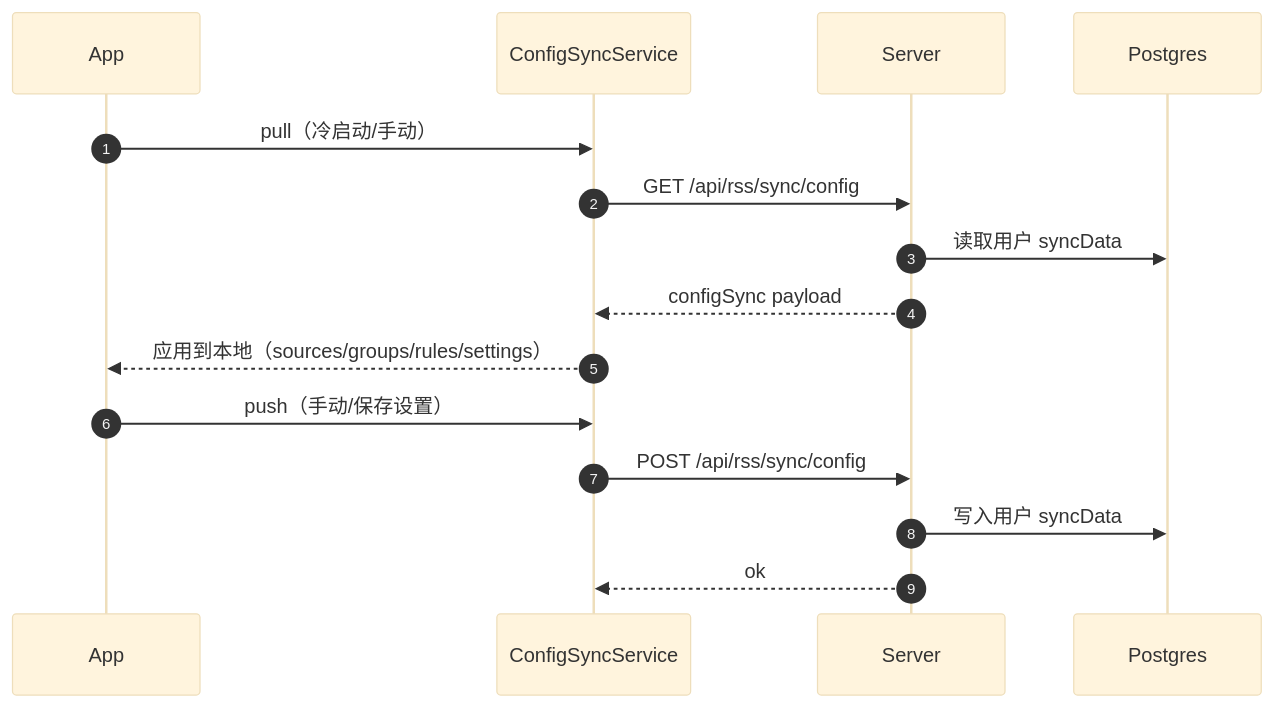
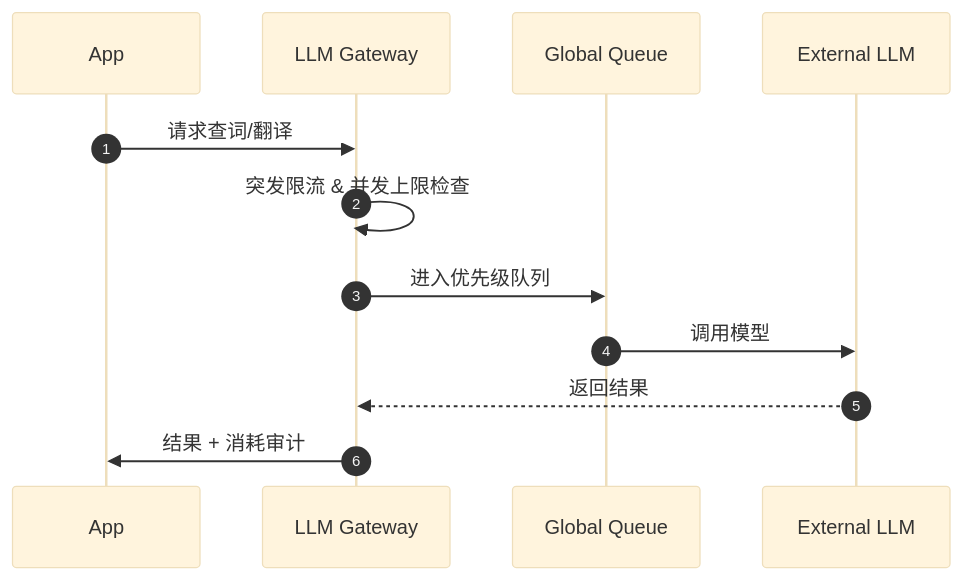
Before and after one commit to VirgoooooX/ReadFlow: the third of 3 diagrams in README.md, drawn with Mermaid (base theme). The commit also changed other lines of this file, not shown here.

````diff
--- a/README.md
+++ b/README.md
@@ -123,19 +104,15 @@
 ```mermaid
 sequenceDiagram
   autonumber
   participant A as App
-  participant C as ConfigSyncService
-  participant S as Server
-  participant P as Postgres
+  participant G as LLM Gateway
+  participant Q as Global Queue
+  participant E as External LLM
 
-  A->>C: pull（冷启动/手动）
-  C->>S: GET /api/rss/sync/config
-  S->>P: 读取用户 syncData
-  S-->>C: configSync payload
-  C-->>A: 应用到本地（sources/groups/rules/settings）
-
-  A->>C: push（手动/保存设置）
-  C->>S: POST /api/rss/sync/config
-  S->>P: 写入用户 syncData
-  S-->>C: ok
+  A->>G: 请求查词/翻译
+  G->>G: 突发限流 & 并发上限检查
+  G->>Q: 进入优先级队列
+  Q->>E: 调用模型
+  E-->>G: 返回结果
+  G->>A: 结果 + 消耗审计
 ```
````
